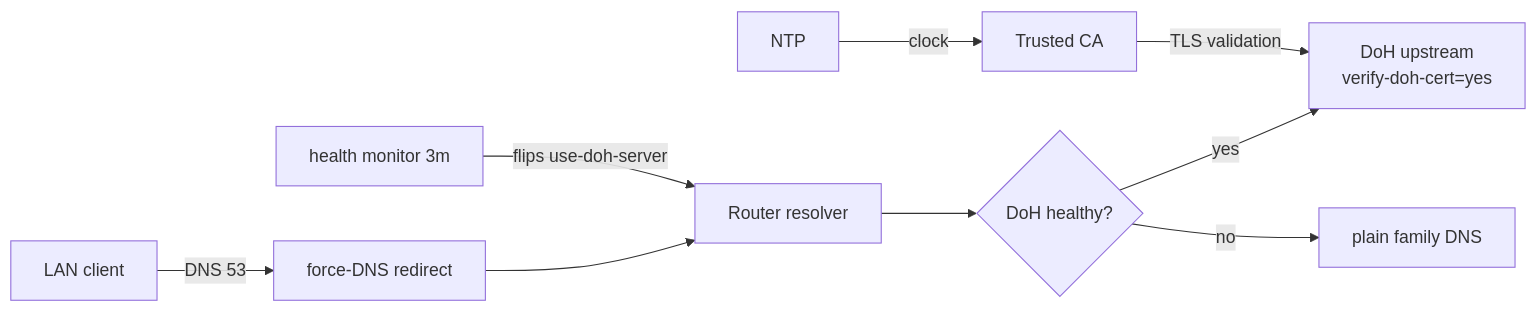
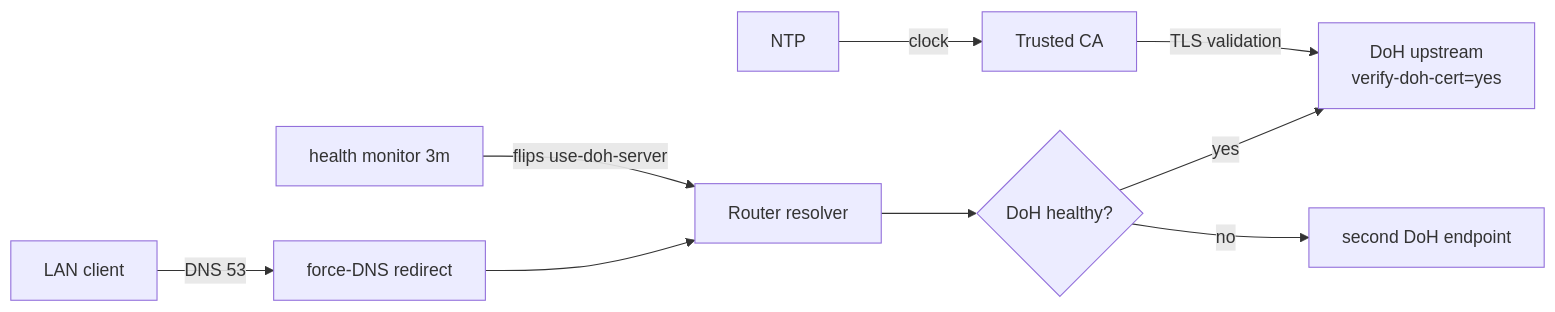
One commit to paulmann/mikrotik-doh-failover changed the diagram in README.md. Above: the diagram before and after it, drawn with Mermaid. The commit also changed other lines of this file and 18 other files, not shown here.

````diff
--- a/README.md
+++ b/README.md
@@ -97,11 +99,11 @@
 ```mermaid
 flowchart LR
     Client["LAN client"] -->|"DNS 53"| ForceDNS["force-DNS redirect"]
     ForceDNS --> Resolver["Router resolver"]
     Resolver --> Mode{"DoH healthy?"}
     Mode -->|"yes"| DoH["DoH upstream<br/>verify-doh-cert=yes"]
-    Mode -->|"no"| Plain["plain family DNS"]
+    Mode -->|"no"| Plain["second DoH endpoint"]
     Monitor["health monitor 3m"] -->|"flips use-doh-server"| Resolver
     CA["Trusted CA"] -->|"TLS validation"| DoH
     NTP["NTP"] -->|"clock"| CA
 ```
````
